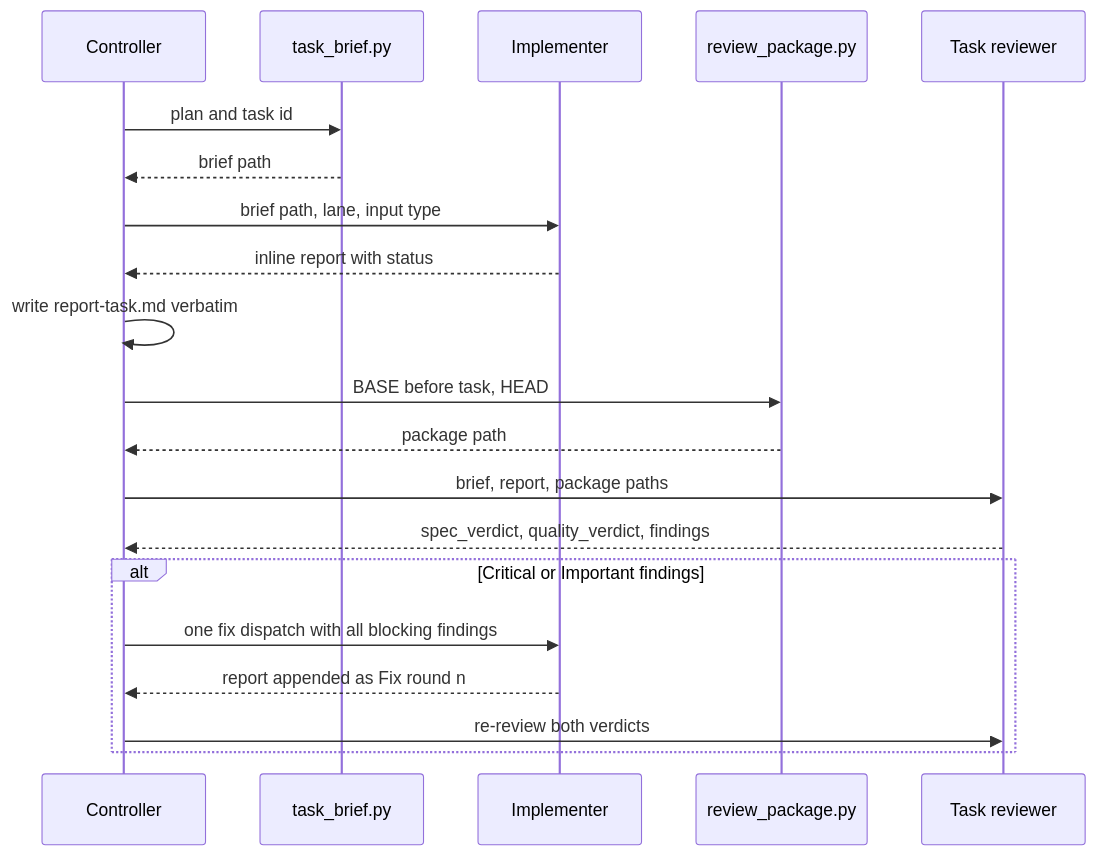
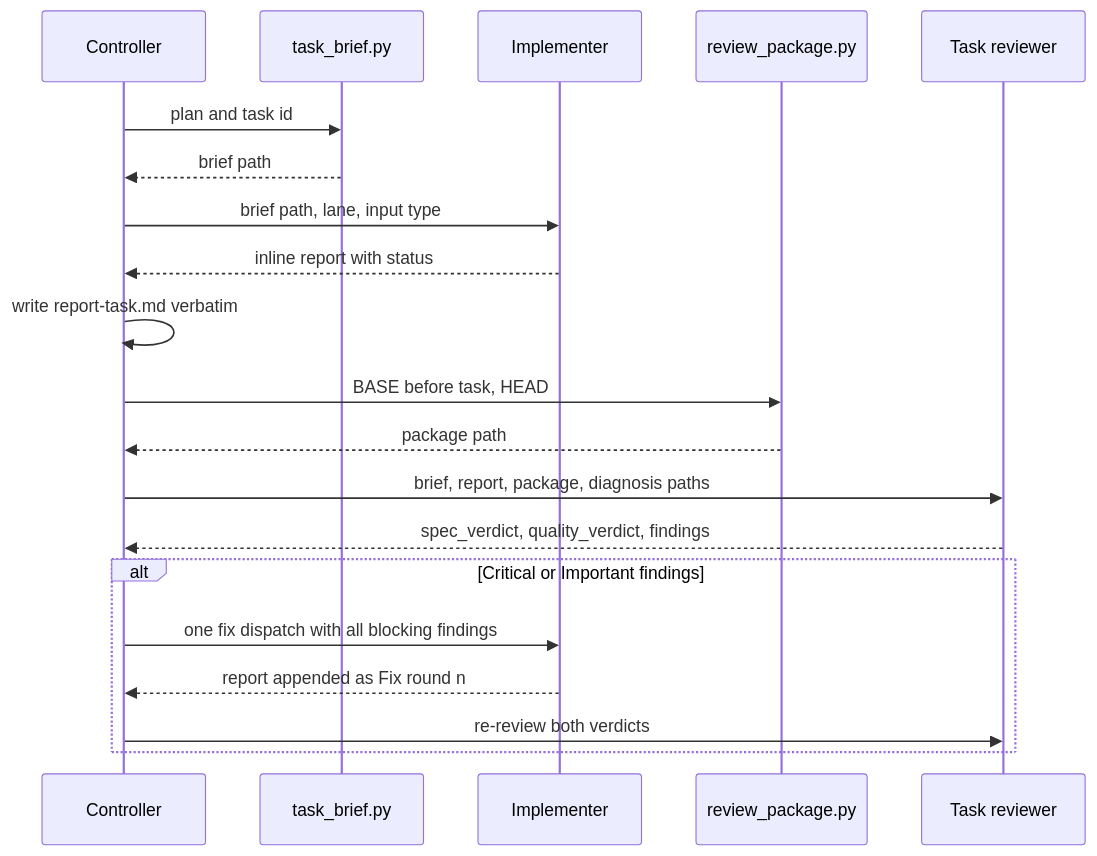
The second of 3 diagrams in openwiki/workflows/implementation-and-review-chain.md (minhtran3124/agent-harness), drawn with Mermaid before and after one commit. The commit also changed other lines of this file and 52 other files, not shown here.

````diff
--- a/openwiki/workflows/implementation-and-review-chain.md
+++ b/openwiki/workflows/implementation-and-review-chain.md
@@ -137,22 +157,22 @@
 ```mermaid
 sequenceDiagram
     participant C as Controller
     participant TB as task_brief.py
     participant I as Implementer
     participant RP as review_package.py
     participant TR as Task reviewer
     C->>TB: plan and task id
     TB-->>C: brief path
     C->>I: brief path, lane, input type
     I-->>C: inline report with status
     C->>C: write report-task.md verbatim
     C->>RP: BASE before task, HEAD
     RP-->>C: package path
-    C->>TR: brief, report, package paths
+    C->>TR: brief, report, package, diagnosis paths
     TR-->>C: spec_verdict, quality_verdict, findings
     alt Critical or Important findings
         C->>I: one fix dispatch with all blocking findings
         I-->>C: report appended as Fix round n
         C->>TR: re-review both verdicts
     end
 ```
````
